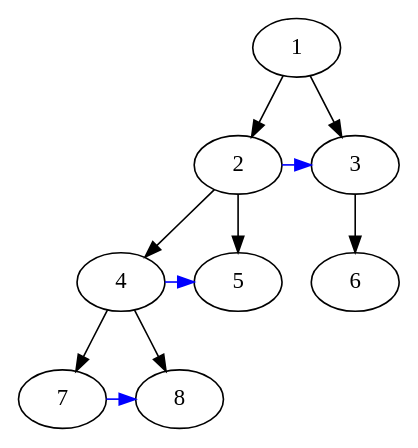
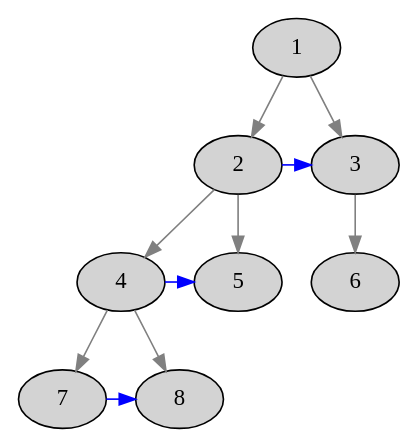
One commit to adioe3/besirovic.com changed the diagram in assets/fast-tree/basic.dot. Above: the diagram before and after it, drawn with Graphviz. The commit also changed 7 other files, not shown here.

```diff
--- a/assets/fast-tree/basic.dot
+++ b/assets/fast-tree/basic.dot
@@ -1,17 +1,20 @@
 digraph G {
+    graph[truecolor=true bgcolor="#ffffff00"];
+    node[style=filled bgcolor="#ffffff"];
+    edge[color=gray];
     1 -> 2;
     1 -> 3;
     2 -> 4;
     2 -> 5;
     3 -> 6;
     4 -> 7;
     4 -> 8;
 
     edge[color=blue];
     2 -> 3;
     4 -> 5;
     7 -> 8;
     {rank = same;2;3;}
     {rank = same;4;5;6;}
     {rank = same;7;8;}
 }
```
